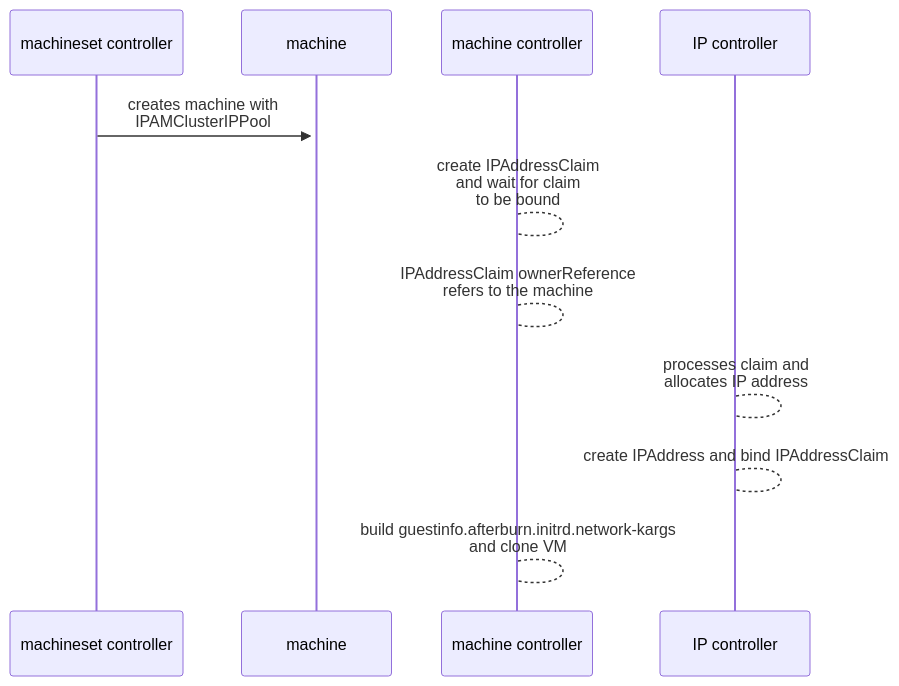
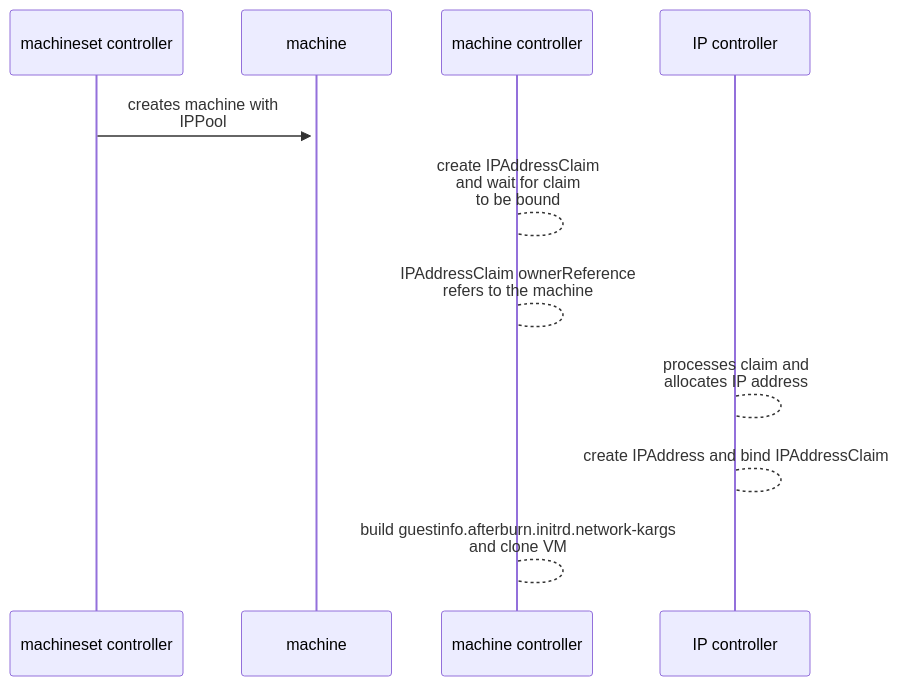
One commit to rvanderp3/enhancements changed the diagram in enhancements/network/static-ip-addresses-vsphere.md. Above: the diagram before and after it, drawn with Mermaid. The commit also changed other lines of this file, not shown here.

```diff
--- a/enhancements/network/static-ip-addresses-vsphere.md
+++ b/enhancements/network/static-ip-addresses-vsphere.md
@@ -431,9 +431,9 @@
 ~~~mermaid
 sequenceDiagram
-    machineset controller->>+machine: creates machine with<br> IPAMClusterIPPool
+    machineset controller->>+machine: creates machine with<br> IPPool
     machine controller-->machine controller: create IPAddressClaim<br>and wait for claim<br>to be bound
     machine controller-->machine controller: IPAddressClaim ownerReference<br>refers to the machine
     IP controller-->IP controller: processes claim and<br>allocates IP address    
     IP controller-->IP controller: create IPAddress and bind IPAddressClaim
     machine controller-->machine controller: build guestinfo.afterburn.initrd.network-kargs<br>and clone VM
 ~~~
```
